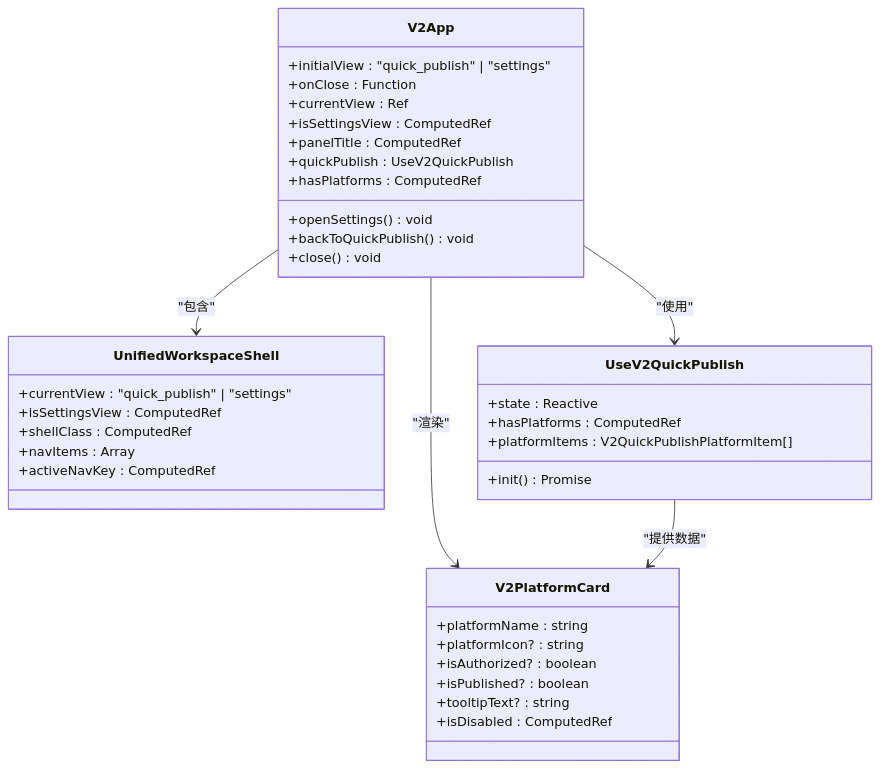
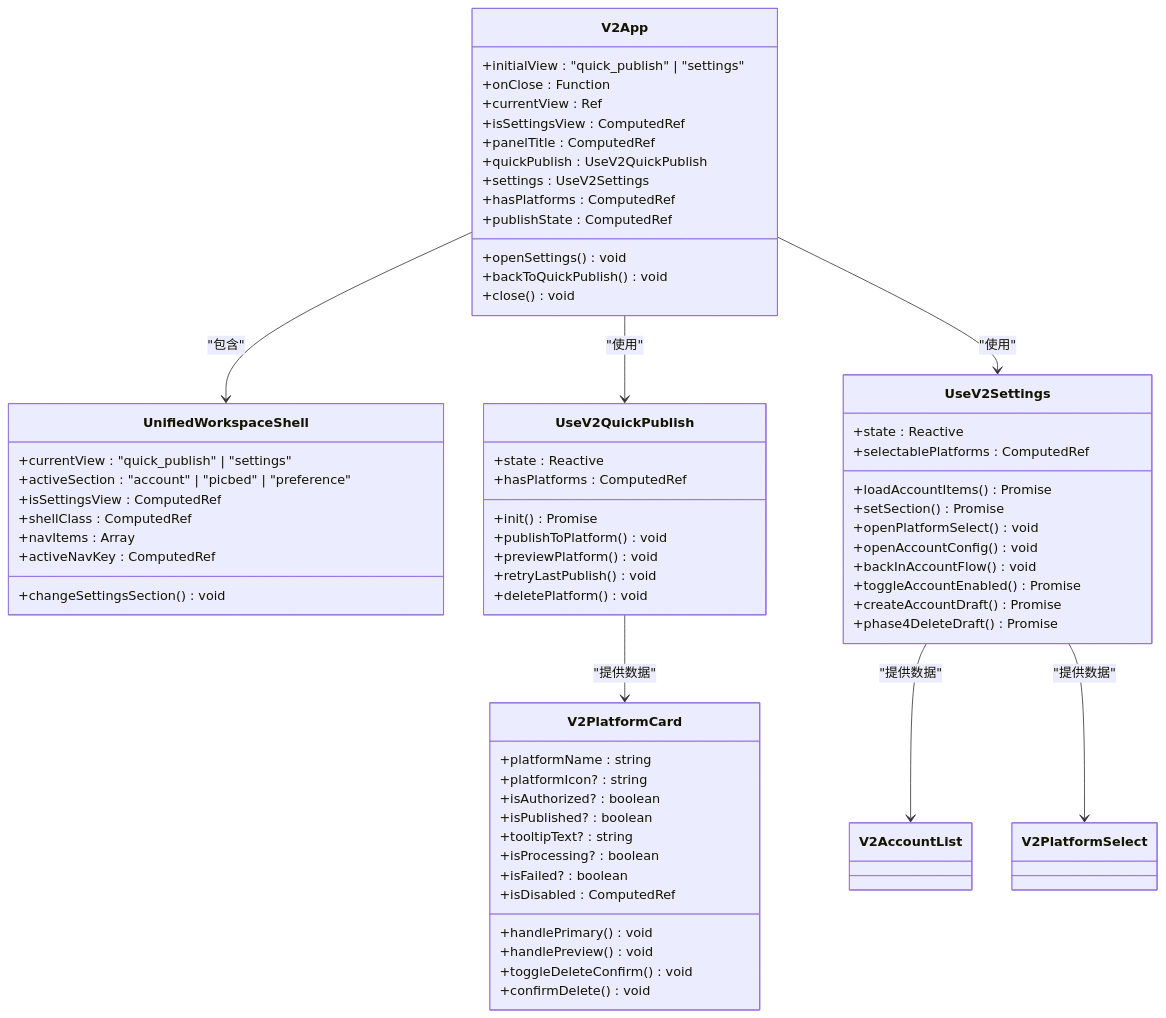
One commit to terwer/siyuan-plugin-publisher changed the second of 5 diagrams in .qoder/repowiki/zh/content/用户界面组件/UI V2 里程碑进度.md. Above: the diagram before and after it, drawn with Mermaid. The commit also changed other lines of this file and 16 other files, not shown here.

````diff
--- a/.qoder/repowiki/zh/content/用户界面组件/UI V2 里程碑进度.md
+++ b/.qoder/repowiki/zh/content/用户界面组件/UI V2 里程碑进度.md
@@ -94,40 +110,67 @@
 ```mermaid
 classDiagram
 class V2App {
 +initialView : "quick_publish" | "settings"
 +onClose : Function
 +currentView : Ref
 +isSettingsView : ComputedRef
 +panelTitle : ComputedRef
 +quickPublish : UseV2QuickPublish
++settings : UseV2Settings
 +hasPlatforms : ComputedRef
++publishState : ComputedRef
 +openSettings() void
 +backToQuickPublish() void
 +close() void
 }
 class UnifiedWorkspaceShell {
 +currentView : "quick_publish" | "settings"
++activeSection : "account" | "picbed" | "preference"
 +isSettingsView : ComputedRef
 +shellClass : ComputedRef
 +navItems : Array
 +activeNavKey : ComputedRef
++changeSettingsSection() void
 }
 class V2PlatformCard {
 +platformName : string
 +platformIcon? : string
 +isAuthorized? : boolean
 +isPublished? : boolean
 +tooltipText? : string
++isProcessing? : boolean
++isFailed? : boolean
 +isDisabled : ComputedRef
++handlePrimary() void
++handlePreview() void
++toggleDeleteConfirm() void
++confirmDelete() void
 }
 class UseV2QuickPublish {
 +state : Reactive
 +hasPlatforms : ComputedRef
 +init() Promise
-+platformItems : V2QuickPublishPlatformItem[]
++publishToPlatform() void
++previewPlatform() void
++retryLastPublish() void
++deletePlatform() void
+}
+class UseV2Settings {
++state : Reactive
++selectablePlatforms : ComputedRef
++loadAccountItems() Promise
++setSection() Promise
++openPlatformSelect() void
++openAccountConfig() void
++backInAccountFlow() void
++toggleAccountEnabled() Promise
++createAccountDraft() Promise
++phase4DeleteDraft() Promise
 }
 V2App --> UnifiedWorkspaceShell : "包含"
 V2App --> UseV2QuickPublish : "使用"
-V2App --> V2PlatformCard : "渲染"
+V2App --> UseV2Settings : "使用"
 UseV2QuickPublish --> V2PlatformCard : "提供数据"
+UseV2Settings --> V2AccountList : "提供数据"
+UseV2Settings --> V2PlatformSelect : "提供数据"
 ```
````
